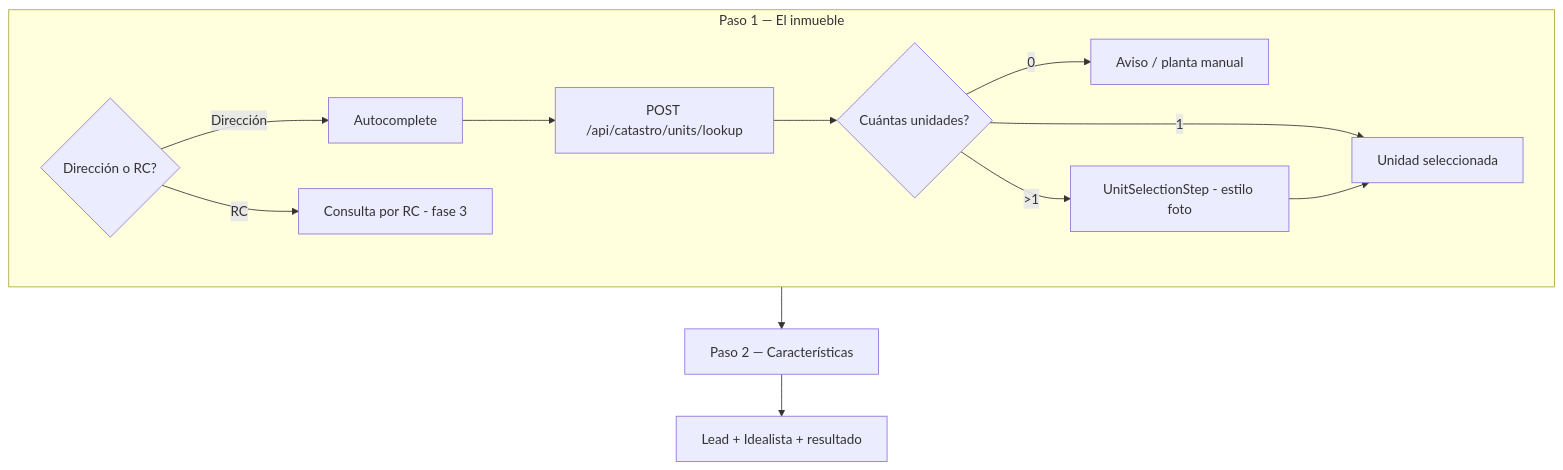
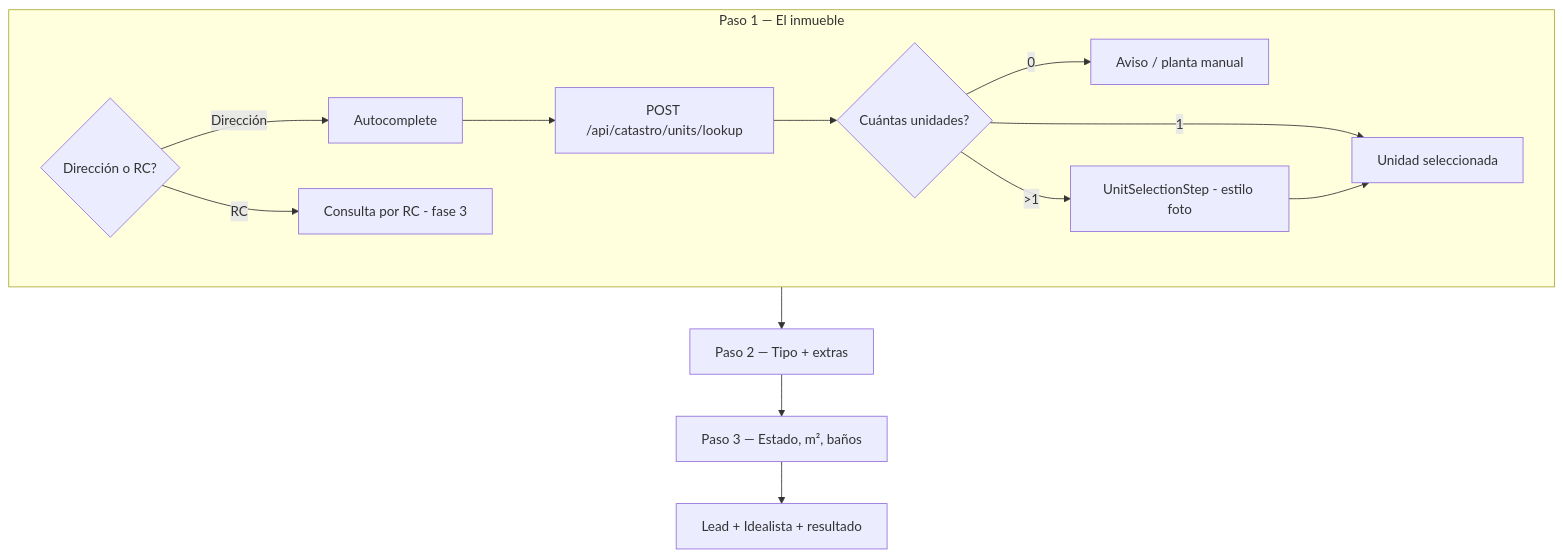
The diagram in README.md (cuba1511/how-much-is-this-property-worth), drawn with Mermaid before and after one commit. The commit also changed other lines of this file and 7 other files, not shown here.

````diff
--- a/README.md
+++ b/README.md
@@ -26,16 +26,17 @@
 ```mermaid
 flowchart TD
   subgraph step1 [Paso 1 — El inmueble]
     T{Dirección o RC?}
     T -->|Dirección| AC[Autocomplete]
     AC --> CAT[POST /api/catastro/units/lookup]
     T -->|RC| RCAPI[Consulta por RC - fase 3]
     CAT --> N{Cuántas unidades?}
     N -->|0| MANUAL[Aviso / planta manual]
     N -->|1| OK[Unidad seleccionada]
     N -->|>1| PICK[UnitSelectionStep - estilo foto]
     PICK --> OK
   end
-  step1 --> step2[Paso 2 — Características]
-  step2 --> step3[Lead + Idealista + resultado]
+  step1 --> step2[Paso 2 — Tipo + extras]
+  step2 --> step3[Paso 3 — Estado, m², baños]
+  step3 --> step4[Lead + Idealista + resultado]
 ```
````
